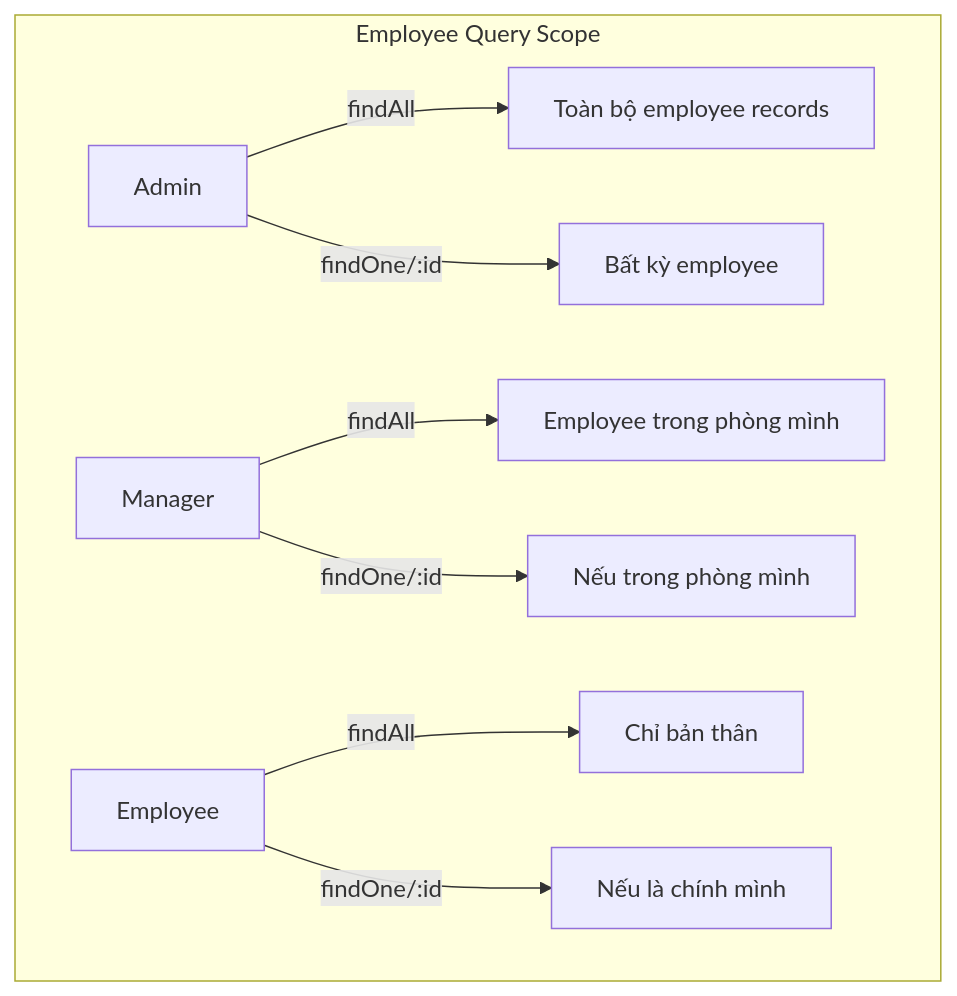
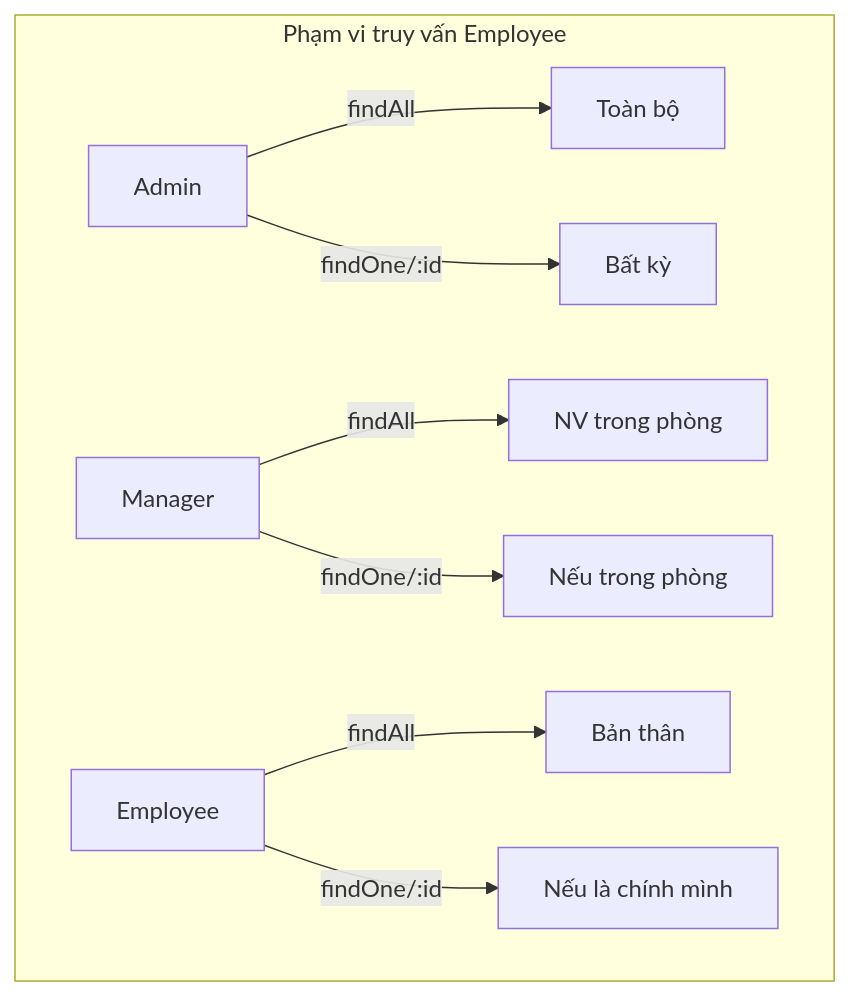
Before and after one commit to nghiaxh/hr-management: diagram 12 of 24 in docs/SDD.md, drawn with Mermaid. The commit also changed other lines of this file and 8 other files, not shown here.

````diff
--- a/docs/SDD.md
+++ b/docs/SDD.md
@@ -1062,12 +791,11 @@
 ```mermaid
 graph TB
-    subgraph "Employee Query Scope"
-        ADMIN[Admin] -->|findAll| ALL[Toàn bộ employee records]
-        MANAGER[Manager] -->|findAll| DEPT[Employee trong phòng mình]
-        EMPLOYEE[Employee] -->|findAll| SELF[Chỉ bản thân]
-        
-        ADMIN -->|findOne/:id| ANY[Bất kỳ employee]
-        MANAGER -->|findOne/:id| DEPT_ONLY[Nếu trong phòng mình]
+    subgraph "Phạm vi truy vấn Employee"
+        ADMIN[Admin] -->|findAll| ALL[Toàn bộ]
+        MANAGER[Manager] -->|findAll| DEPT[NV trong phòng]
+        EMPLOYEE[Employee] -->|findAll| SELF[Bản thân]
+        ADMIN -->|findOne/:id| ANY[Bất kỳ]
+        MANAGER -->|findOne/:id| DEPT_ONLY[Nếu trong phòng]
         EMPLOYEE -->|findOne/:id| SELF_ONLY[Nếu là chính mình]
     end
 ```
````
